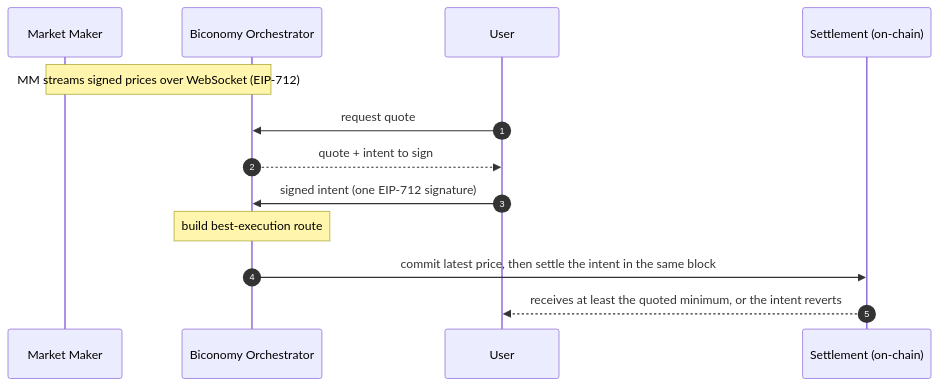
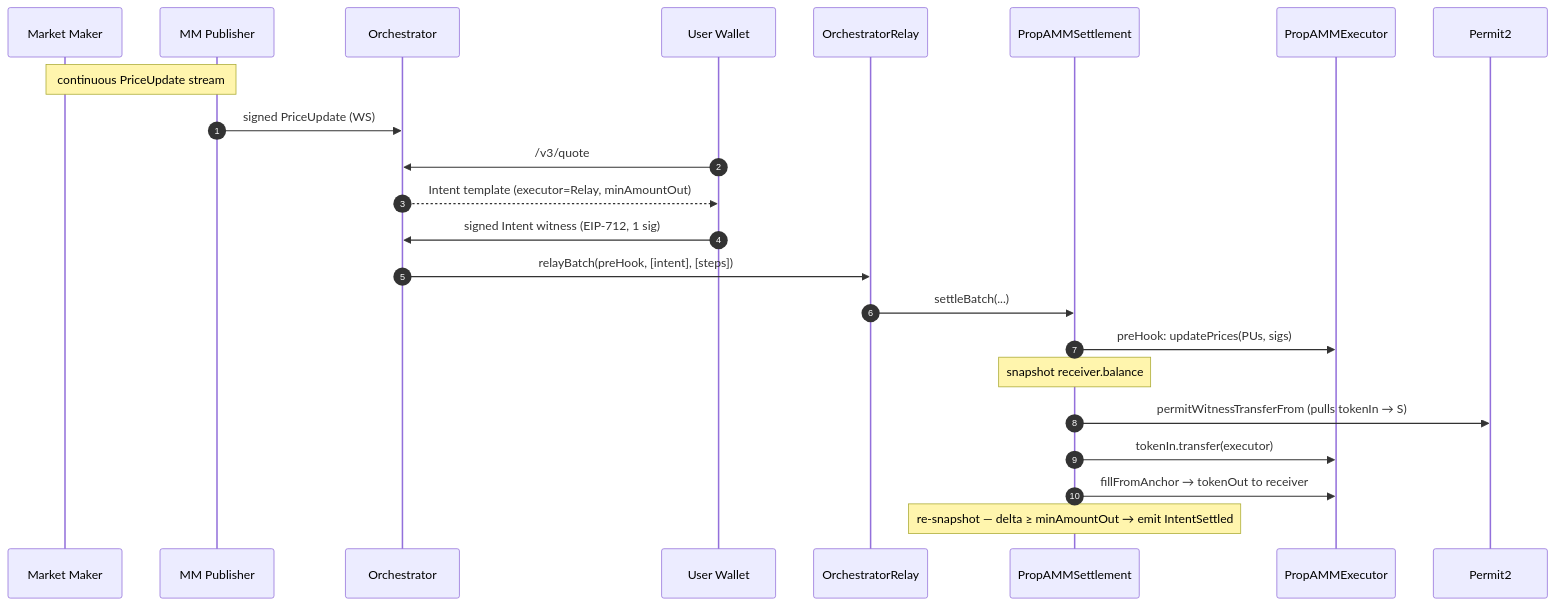
Before and after one commit to bcnmy/propamm-base: the diagram in docs/propamm-on-base.md, drawn with Mermaid. The commit also changed other lines of this file and 3 other files, not shown here.

````diff
--- a/docs/propamm-on-base.md
+++ b/docs/propamm-on-base.md
@@ -63,16 +104,26 @@
 ```mermaid
 sequenceDiagram
     autonumber
     participant MM as Market Maker
-    participant O as Biconomy Orchestrator
-    participant U as User
-    participant S as Settlement (on-chain)
+    participant Pub as MM Publisher
+    participant Orch as Orchestrator
+    participant U as User Wallet
+    participant Relay as OrchestratorRelay
+    participant S as PropAMMSettlement
+    participant Exec as PropAMMExecutor
+    participant P as Permit2
 
-    Note over MM,O: MM streams signed prices over WebSocket (EIP-712)
-    U->>O: request quote
-    O-->>U: quote + intent to sign
-    U->>O: signed intent (one EIP-712 signature)
-    Note over O: build best-execution route
-    O->>S: commit latest price, then settle the intent in the same block
-    S-->>U: receives at least the quoted minimum, or the intent reverts
+    Note over MM,Pub: continuous PriceUpdate stream
+    Pub->>Orch: signed PriceUpdate (WS)
+    U->>Orch: /v3/quote
+    Orch-->>U: Intent template (executor=Relay, minAmountOut)
+    U->>Orch: signed Intent witness (EIP-712, 1 sig)
+    Orch->>Relay: relayBatch(preHook, [intent], [steps])
+    Relay->>S: settleBatch(...)
+    S->>Exec: preHook: updatePrices(PUs, sigs)
+    Note over S: snapshot receiver.balance
+    S->>P: permitWitnessTransferFrom (pulls tokenIn → S)
+    S->>Exec: tokenIn.transfer(executor)
+    S->>Exec: fillFromAnchor → tokenOut to receiver
+    Note over S: re-snapshot — delta ≥ minAmountOut → emit IntentSettled
 ```
````
